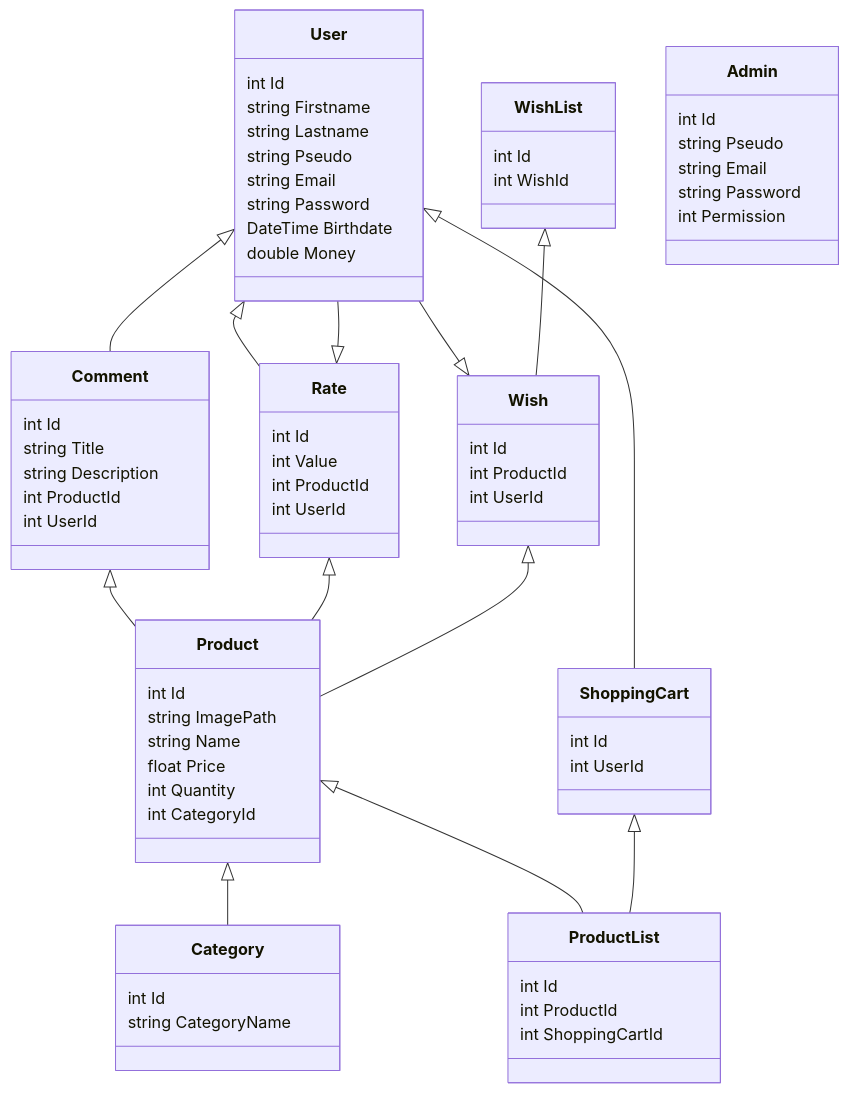
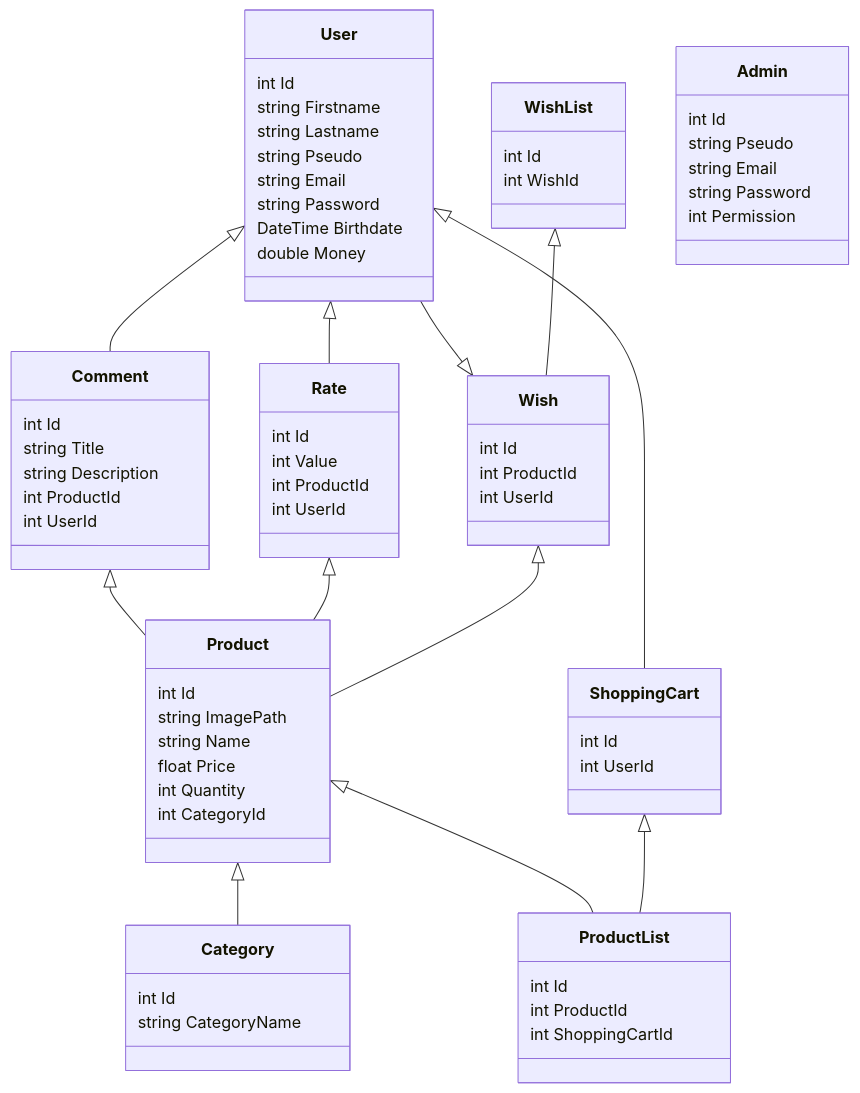
The diagram in readme.md (voluxyy/e-commerce), drawn with Mermaid before and after one commit.

Commit message:
:memo: New Diagram

````diff
--- a/readme.md
+++ b/readme.md
@@ -22,82 +22,81 @@
 ```mermaid
 classDiagram
     User <|-- Comment
     User --|> Wish
     User <|-- Rate
     User <|-- ShoppingCart
 
     Product <|-- Category
     Product <|-- ProductList
 
     ShoppingCart <|-- ProductList
 
     Comment <|-- Product
 
     Rate <|-- Product
-    Rate <|-- User
 
     Wish <|-- Product
 
     WishList <|-- Wish
 
     class Wish{
         int Id
         int ProductId
         int UserId
     }
     class WishList{
         int Id
         int WishId
     }
     class Product{
         int Id
         string ImagePath
         string Name
         float Price
         int Quantity
         int CategoryId
     }
     class Rate{
         int Id
         int Value
         int ProductId
         int UserId
     }
     class ProductList{
         int Id
         int ProductId
         int ShoppingCartId
     }
     class ShoppingCart{
         int Id
         int UserId
     }
     class Category{
         int Id
         string CategoryName
     }
     class User{
         int Id
         string Firstname
         string Lastname
         string Pseudo
         string Email
         string Password
         DateTime Birthdate
         double Money
     }
     class Comment{
         int Id
         string Title
         string Description
         int ProductId
         int UserId
     }
     class Admin{
         int Id
         string Pseudo
         string Email
         string Password
         int Permission
     }
 ```
````
